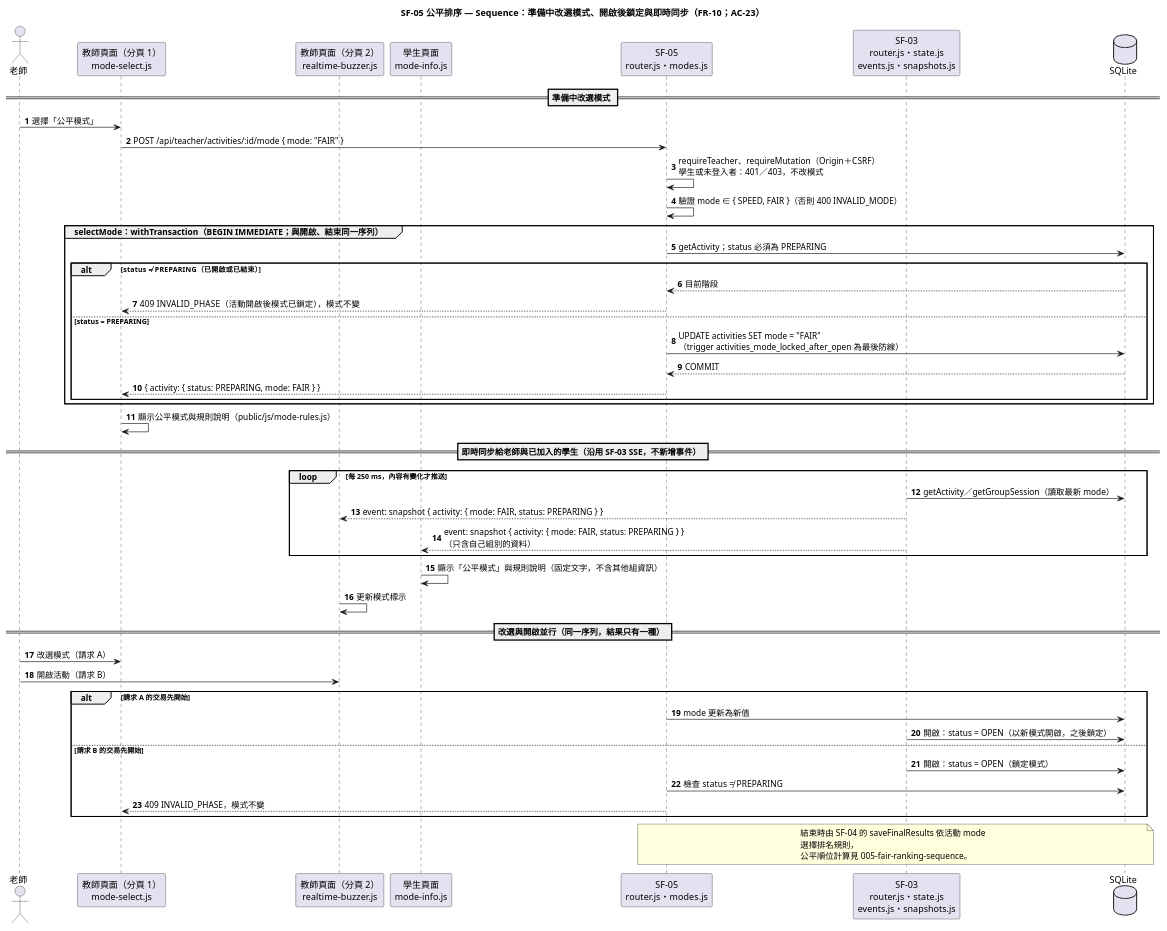
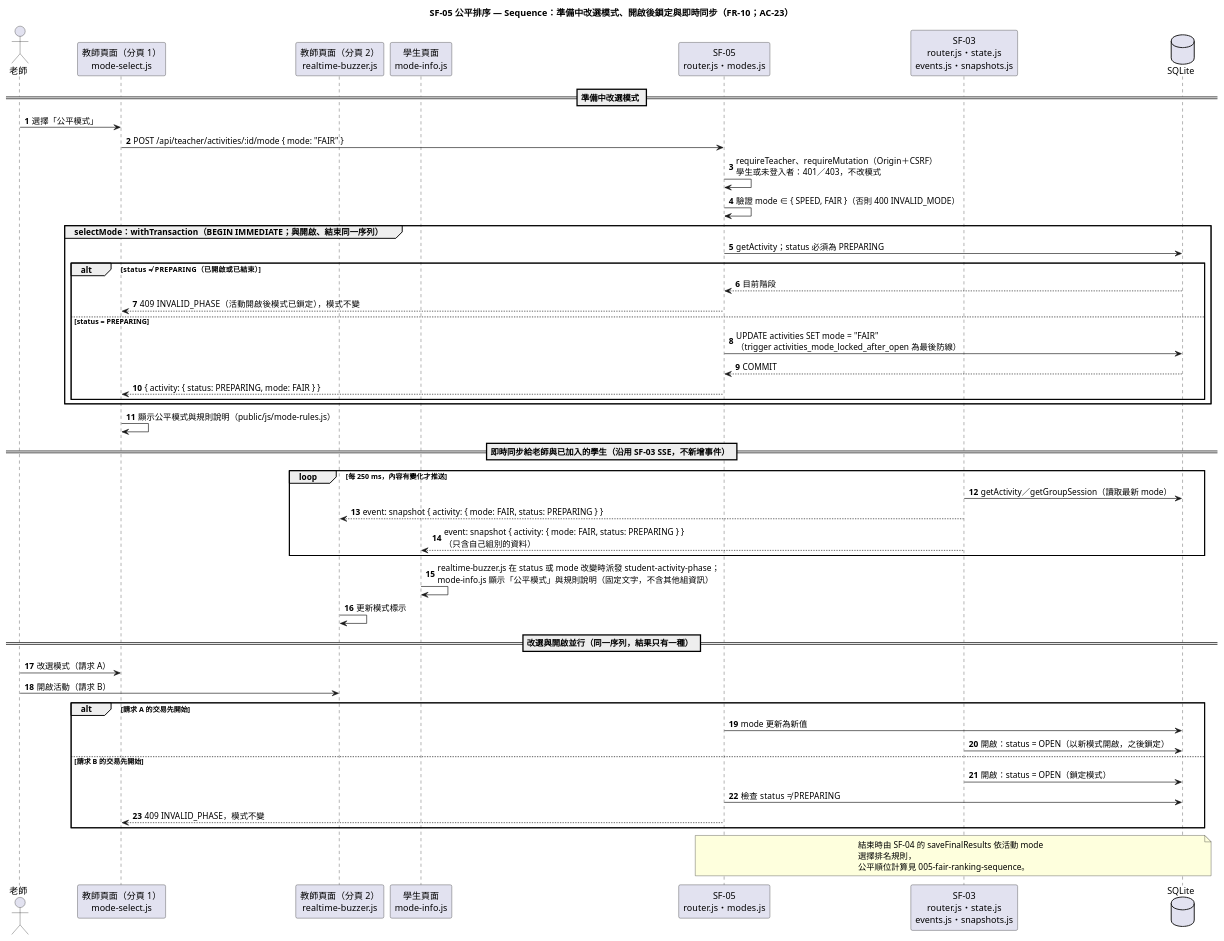
One commit to tom1030507/classroom-buzzer-system-speckit changed the diagram in diagrams/005-fair-ranking-sequence-mode.puml. Above: the diagram before and after it, drawn with PlantUML. The commit also changed 5 other files, not shown here.

Commit message:
docs(diagrams): align SF-05 diagrams with the plan

```diff
--- a/diagrams/005-fair-ranking-sequence-mode.puml
+++ b/diagrams/005-fair-ranking-sequence-mode.puml
@@ -1,59 +1,59 @@
 @startuml 005-fair-ranking-sequence-mode
 title SF-05 公平排序 — Sequence：準備中改選模式、開啟後鎖定與即時同步（FR-10；AC-23）
 skinparam shadowing false
 skinparam sequenceMessageAlign left
 skinparam wrapWidth 300
 autonumber
 
 actor "老師" as Teacher
 participant "教師頁面（分頁 1）\nmode-select.js" as TeacherUI
 participant "教師頁面（分頁 2）\nrealtime-buzzer.js" as TeacherUI2
 participant "學生頁面\nmode-info.js" as StudentUI
 participant "SF-05\nrouter.js・modes.js" as Mode
 participant "SF-03\nrouter.js・state.js\nevents.js・snapshots.js" as Buzzer
 database "SQLite" as Db
 
 == 準備中改選模式 ==
 Teacher -> TeacherUI : 選擇「公平模式」
 TeacherUI -> Mode : POST /api/teacher/activities/:id/mode { mode: "FAIR" }
 Mode -> Mode : requireTeacher、requireMutation（Origin＋CSRF）\n學生或未登入者：401／403，不改模式
 Mode -> Mode : 驗證 mode ∈ { SPEED, FAIR }（否則 400 INVALID_MODE）
 group selectMode：withTransaction（BEGIN IMMEDIATE；與開啟、結束同一序列）
   Mode -> Db : getActivity；status 必須為 PREPARING
   alt status ≠ PREPARING（已開啟或已結束）
     Db --> Mode : 目前階段
     Mode --> TeacherUI : 409 INVALID_PHASE（活動開啟後模式已鎖定），模式不變
   else status = PREPARING
     Mode -> Db : UPDATE activities SET mode = "FAIR"\n（trigger activities_mode_locked_after_open 為最後防線）
     Db --> Mode : COMMIT
     Mode --> TeacherUI : { activity: { status: PREPARING, mode: FAIR } }
   end
 end
 TeacherUI -> TeacherUI : 顯示公平模式與規則說明（public/js/mode-rules.js）
 
 == 即時同步給老師與已加入的學生（沿用 SF-03 SSE，不新增事件） ==
 loop 每 250 ms，內容有變化才推送
   Buzzer -> Db : getActivity／getGroupSession（讀取最新 mode）
   Buzzer --> TeacherUI2 : event: snapshot { activity: { mode: FAIR, status: PREPARING } }
   Buzzer --> StudentUI : event: snapshot { activity: { mode: FAIR, status: PREPARING } }\n（只含自己組別的資料）
 end
-StudentUI -> StudentUI : 顯示「公平模式」與規則說明（固定文字，不含其他組資訊）
+StudentUI -> StudentUI : realtime-buzzer.js 在 status 或 mode 改變時派發 student-activity-phase；\nmode-info.js 顯示「公平模式」與規則說明（固定文字，不含其他組資訊）
 TeacherUI2 -> TeacherUI2 : 更新模式標示
 
 == 改選與開啟並行（同一序列，結果只有一種） ==
 Teacher -> TeacherUI : 改選模式（請求 A）
 Teacher -> TeacherUI2 : 開啟活動（請求 B）
 alt 請求 A 的交易先開始
   Mode -> Db : mode 更新為新值
   Buzzer -> Db : 開啟：status = OPEN（以新模式開啟，之後鎖定）
 else 請求 B 的交易先開始
   Buzzer -> Db : 開啟：status = OPEN（鎖定模式）
   Mode -> Db : 檢查 status ≠ PREPARING
   Mode --> TeacherUI : 409 INVALID_PHASE，模式不變
 end
 
 note over Mode, Db
   結束時由 SF-04 的 saveFinalResults 依活動 mode 選擇排名規則，
   公平順位計算見 005-fair-ranking-sequence。
 end note
 @enduml
```
